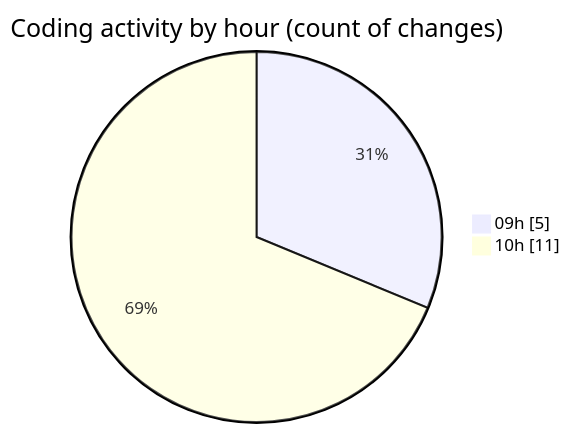
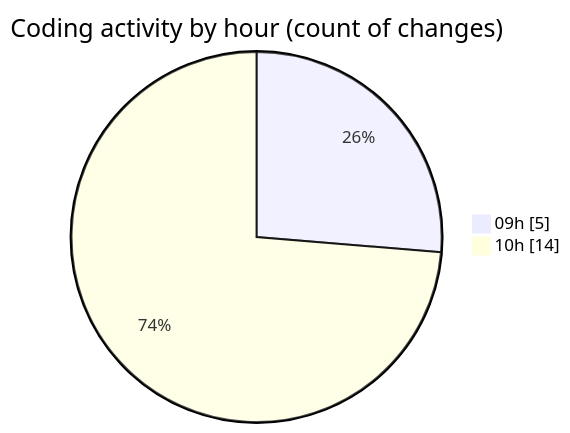
The second of 2 diagrams in 2025-06-13/ecodeli-1/README.md (CELIANVF/code-tracking), drawn with Mermaid before and after one commit. The commit also changed other lines of this file and 1 other file, not shown here.

````diff
--- a/2025-06-13/ecodeli-1/README.md
+++ b/2025-06-13/ecodeli-1/README.md
@@ -37,6 +39,6 @@
 ```mermaid
 pie showData
 title Coding activity by hour (count of changes)
 "09h" : 5
-"10h" : 11
+"10h" : 14
 ```
````
